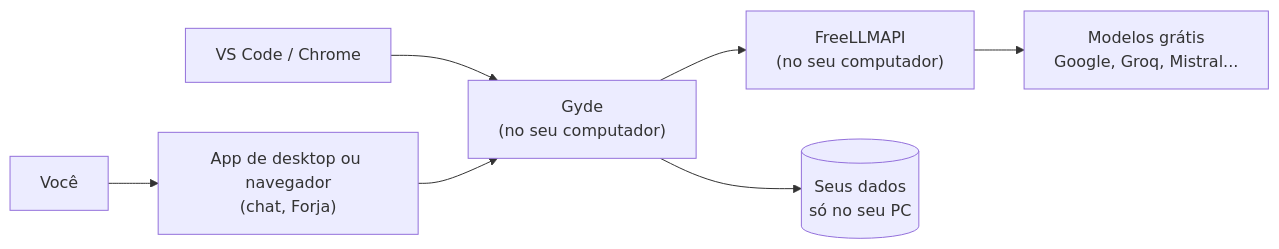
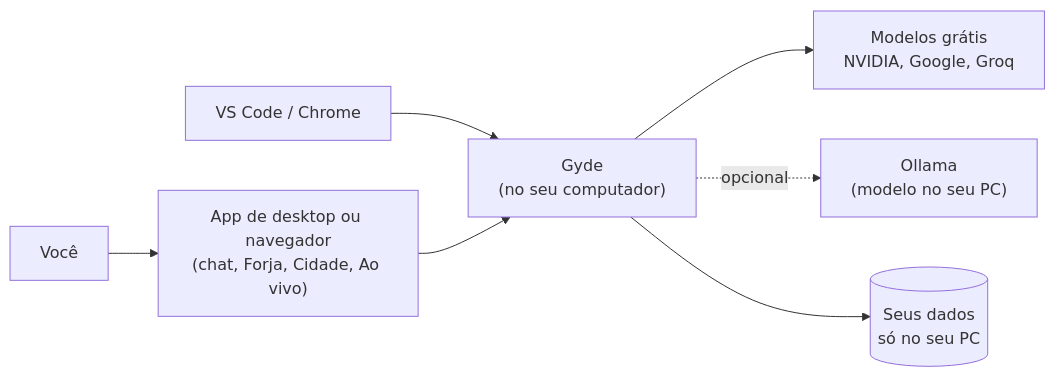
One commit to gustavomdeschamps/Gyde changed the diagram in README.md. Above: the diagram before and after it, drawn with Mermaid. The commit also changed other lines of this file and 22 other files, not shown here.

Commit message:
Documentação 2.1.0: COMO-INSTALAR do zero, README sem FreeLLMAPI obrigatório nem Prática, capturas novas (claro e escuro)

````diff
--- a/README.md
+++ b/README.md
@@ -126,9 +154,9 @@
 ```mermaid
 flowchart LR
-    V["Você"] --> N["App de desktop ou navegador<br/>(chat, Forja)"]
+    V["Você"] --> N["App de desktop ou navegador<br/>(chat, Forja, Cidade, Ao vivo)"]
     VS["VS Code / Chrome"] --> G
     N --> G["Gyde<br/>(no seu computador)"]
-    G --> F["FreeLLMAPI<br/>(no seu computador)"]
-    F --> M["Modelos grátis<br/>Google, Groq, Mistral..."]
+    G --> P["Modelos grátis<br/>NVIDIA, Google, Groq"]
+    G -. opcional .-> O["Ollama<br/>(modelo no seu PC)"]
     G --> D[("Seus dados<br/>só no seu PC")]
 ```
````
